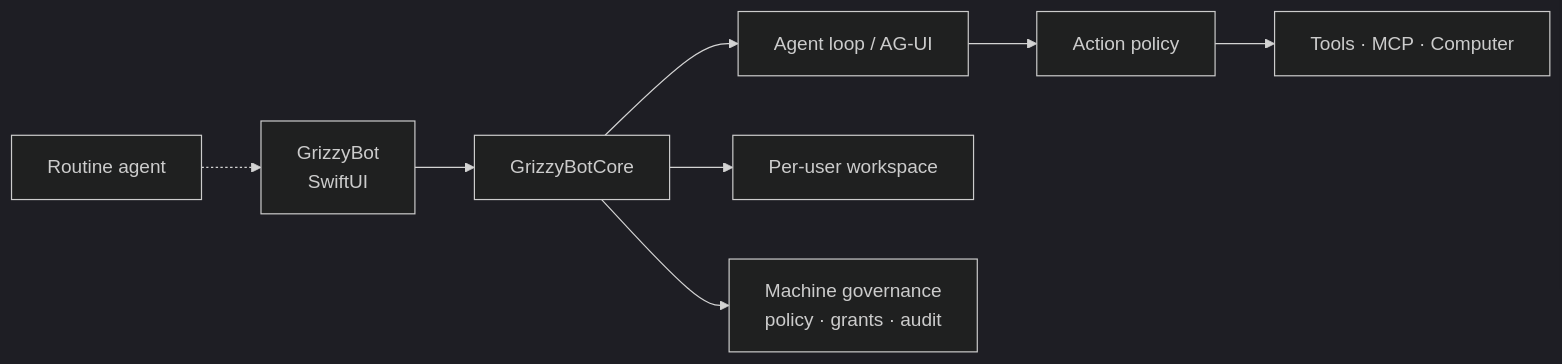
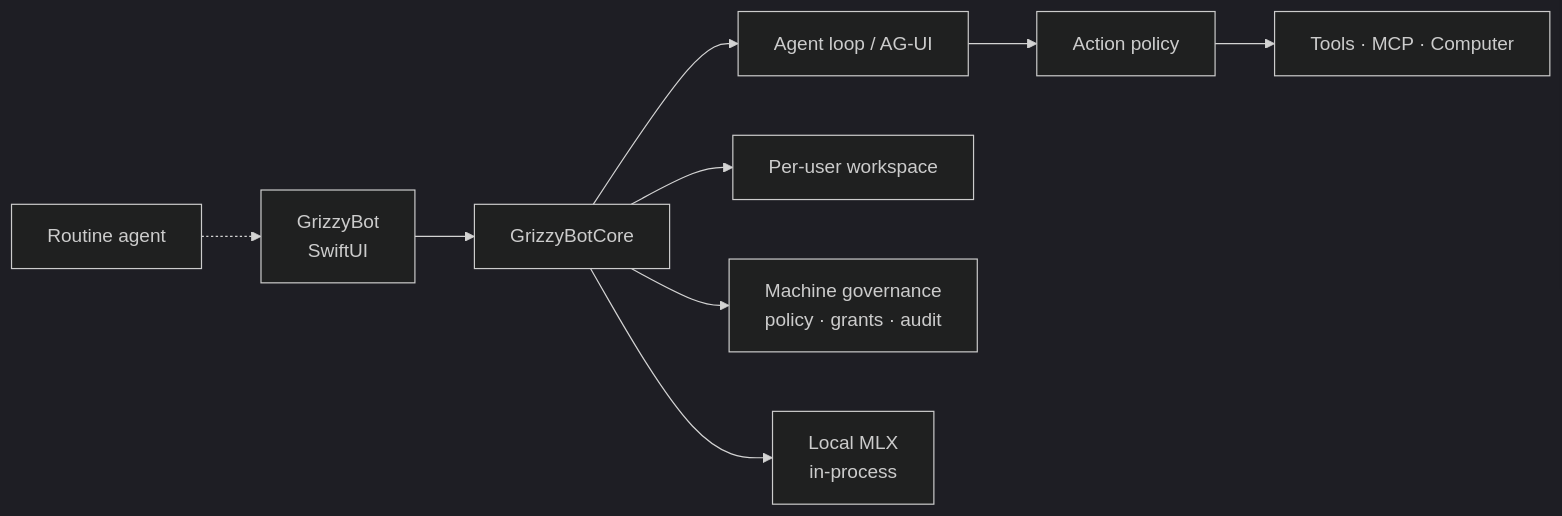
The diagram in README.md (Foscoe63/GrizzyBot), drawn with Mermaid (dark theme) before and after one commit. The commit also changed other lines of this file and 4 other files, not shown here.

First line of the commit message:
Update project structure to include public headers for GrizzyBotCore and GrizzyBotMLX

````diff
--- a/README.md
+++ b/README.md
@@ -385,10 +392,11 @@
 ```mermaid
 flowchart LR
   UI["GrizzyBot<br/>SwiftUI"] --> Core["GrizzyBotCore"]
   Core --> Loop["Agent loop / AG-UI"]
   Loop --> Policy["Action policy"]
   Policy --> Tools["Tools · MCP · Computer"]
   Core --> Store["Per-user workspace"]
   Core --> Gov["Machine governance<br/>policy · grants · audit"]
+  Core --> MLX["Local MLX<br/>in-process"]
   Helper["Routine agent"] -.-> UI
 ```
````
